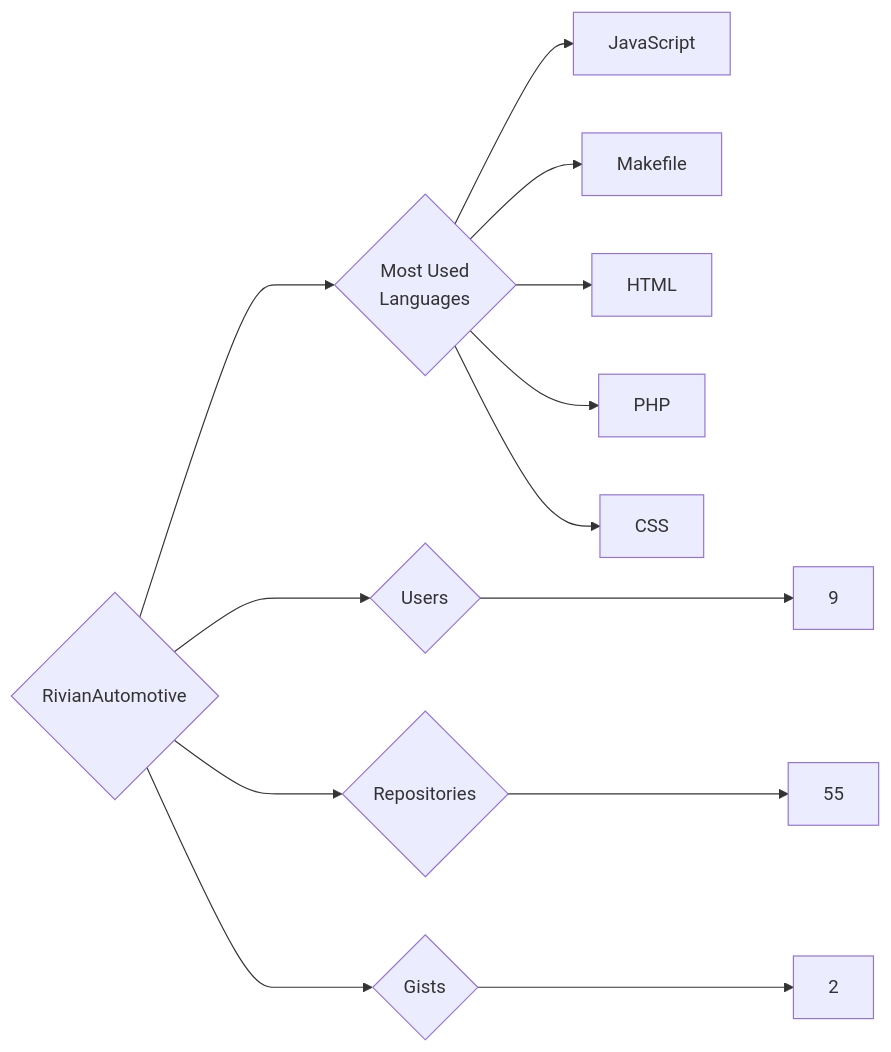
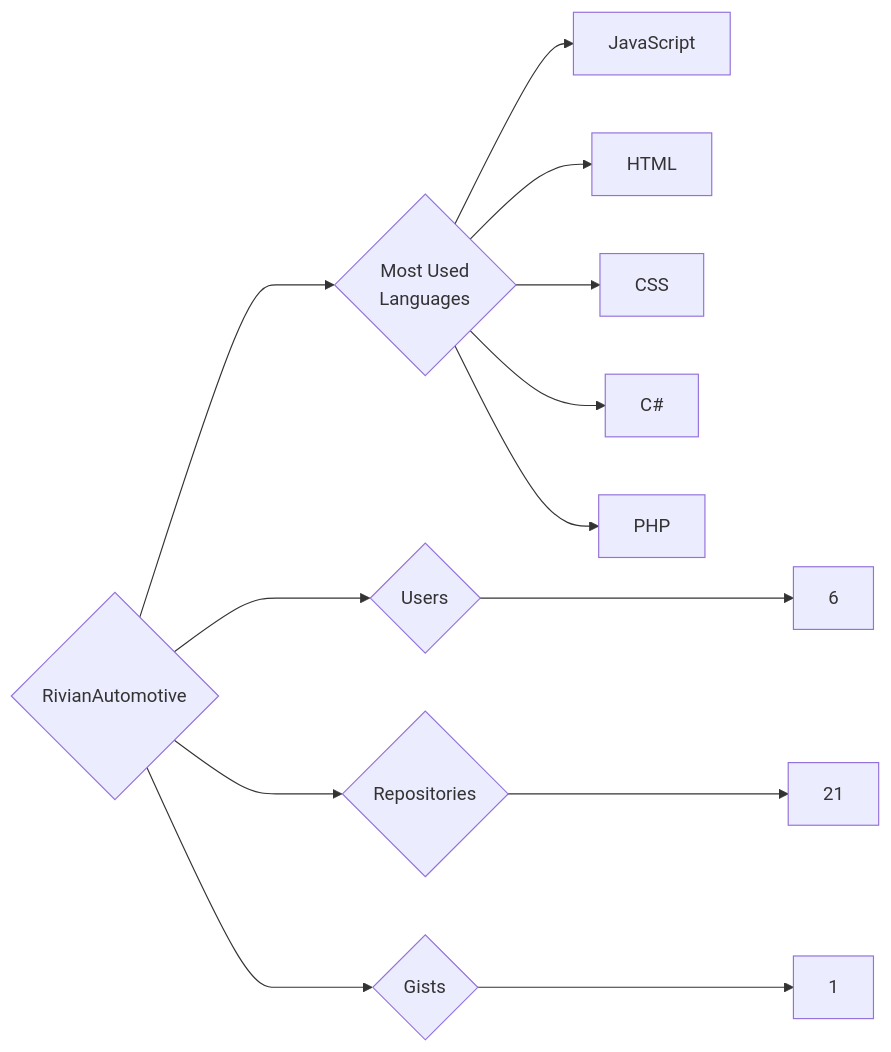
The diagram in targets/RivianAutomotive/README.md (trickest/insiders), drawn with Mermaid before and after one commit. The commit also changed 1484 other files, not shown here.

````diff
--- a/targets/RivianAutomotive/README.md
+++ b/targets/RivianAutomotive/README.md
@@ -3,13 +3,13 @@
 ```mermaid
 graph LR
 COMPANY_NAME{RivianAutomotive}
-COMPANY_NAME ---> U{Users} ---> UN[9]
-COMPANY_NAME ---> R{Repositories} ---> RN[55]
-COMPANY_NAME ---> G{Gists} ---> GN[2]
+COMPANY_NAME ---> U{Users} ---> UN[6]
+COMPANY_NAME ---> R{Repositories} ---> RN[21]
+COMPANY_NAME ---> G{Gists} ---> GN[1]
 COMPANY_NAME ---> ML{Most Used<br>Languages}
 ML --> JavaScript[JavaScript]
-ML --> Makefile[Makefile]
 ML --> HTML[HTML]
+ML --> CSS[CSS]
+ML --> C#[C#]
 ML --> PHP[PHP]
-ML --> CSS[CSS]
 ```
````
